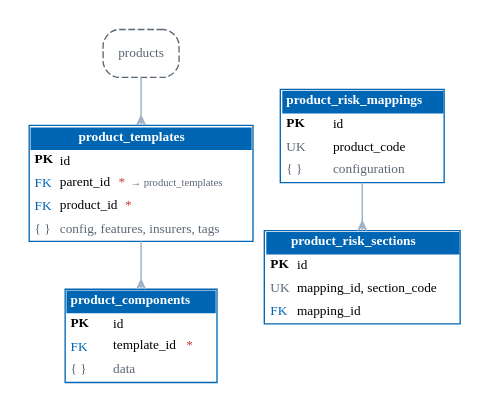
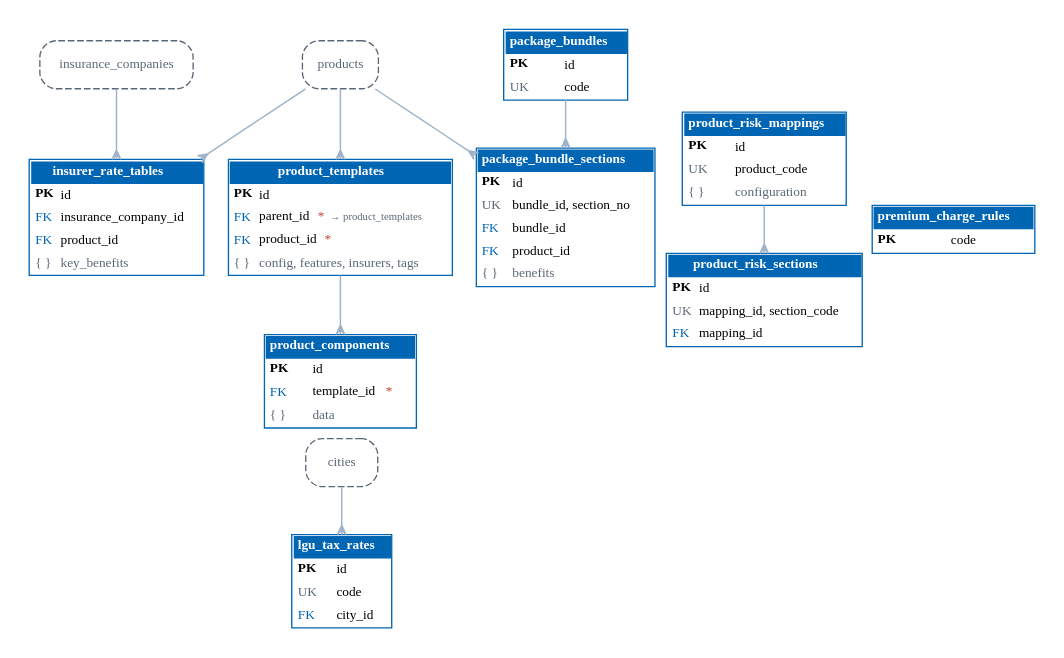
One commit to IortaTexhNXT-DEV/BDOI-OOTB changed the diagram in docs/architecture/diagrams/er_product.dot. Above: the diagram before and after it, drawn with Graphviz. The commit also changed 124 other files, not shown here.

Commit message:
Developer documentation refresh: technical reference with module catalogue and code review guide, architecture and security, data dictionary at migration 0322, API catalogue, architecture set 1.2, developer guide, release notes 1.1

```diff
--- a/docs/architecture/diagrams/er_product.dot
+++ b/docs/architecture/diagrams/er_product.dot
@@ -1,14 +1,26 @@
-// Generated by tools/render_diagrams.py from tools/data/db_snapshot.json: Product configurator. Do not edit by hand.
+// Generated by tools/render_diagrams.py from tools/data/db_snapshot.json: Product configurator and pricing. Do not edit by hand.
 digraph ER {
   graph [rankdir=TB, splines=true, nodesep=0.25, ranksep=0.5, fontname="Nunito", bgcolor="white", pad=0.2, pack=true, packmode="array_u3"];
   node [shape=plain, fontname="Nunito", fontsize=10];
   edge [color="#9FB3C8", arrowhead=crow, arrowtail=none, dir=both, arrowsize=0.7, penwidth=1.1];
   "product_templates" [label=<<table border="1" cellborder="0" cellspacing="0" cellpadding="3" color="#0065B3"><tr><td colspan="2" bgcolor="#0065B3"><font color="white"><b>product_templates</b></font></td></tr><tr><td align="left" balign="left"><b>PK</b></td><td align="left">id</td></tr><tr><td align="left"><font color="#0065B3">FK</font></td><td align="left">parent_id<font color="#C0392B">*</font> <font color="#5B6776" point-size="8">&#8594; product_templates</font></td></tr><tr><td align="left"><font color="#0065B3">FK</font></td><td align="left">product_id<font color="#C0392B">*</font></td></tr><tr><td align="left"><font color="#5B6776">{ }</font></td><td align="left"><font color="#5B6776">config, features, insurers, tags</font></td></tr></table>>];
   "product_components" [label=<<table border="1" cellborder="0" cellspacing="0" cellpadding="3" color="#0065B3"><tr><td colspan="2" bgcolor="#0065B3"><font color="white"><b>product_components</b></font></td></tr><tr><td align="left" balign="left"><b>PK</b></td><td align="left">id</td></tr><tr><td align="left"><font color="#0065B3">FK</font></td><td align="left">template_id<font color="#C0392B">*</font></td></tr><tr><td align="left"><font color="#5B6776">{ }</font></td><td align="left"><font color="#5B6776">data</font></td></tr></table>>];
   "product_risk_mappings" [label=<<table border="1" cellborder="0" cellspacing="0" cellpadding="3" color="#0065B3"><tr><td colspan="2" bgcolor="#0065B3"><font color="white"><b>product_risk_mappings</b></font></td></tr><tr><td align="left" balign="left"><b>PK</b></td><td align="left">id</td></tr><tr><td align="left"><font color="#5B6776">UK</font></td><td align="left">product_code</td></tr><tr><td align="left"><font color="#5B6776">{ }</font></td><td align="left"><font color="#5B6776">configuration</font></td></tr></table>>];
   "product_risk_sections" [label=<<table border="1" cellborder="0" cellspacing="0" cellpadding="3" color="#0065B3"><tr><td colspan="2" bgcolor="#0065B3"><font color="white"><b>product_risk_sections</b></font></td></tr><tr><td align="left" balign="left"><b>PK</b></td><td align="left">id</td></tr><tr><td align="left"><font color="#5B6776">UK</font></td><td align="left">mapping_id, section_code</td></tr><tr><td align="left"><font color="#0065B3">FK</font></td><td align="left">mapping_id</td></tr></table>>];
+  "premium_charge_rules" [label=<<table border="1" cellborder="0" cellspacing="0" cellpadding="3" color="#0065B3"><tr><td colspan="2" bgcolor="#0065B3"><font color="white"><b>premium_charge_rules</b></font></td></tr><tr><td align="left" balign="left"><b>PK</b></td><td align="left">code</td></tr></table>>];
+  "lgu_tax_rates" [label=<<table border="1" cellborder="0" cellspacing="0" cellpadding="3" color="#0065B3"><tr><td colspan="2" bgcolor="#0065B3"><font color="white"><b>lgu_tax_rates</b></font></td></tr><tr><td align="left" balign="left"><b>PK</b></td><td align="left">id</td></tr><tr><td align="left"><font color="#5B6776">UK</font></td><td align="left">code</td></tr><tr><td align="left"><font color="#0065B3">FK</font></td><td align="left">city_id</td></tr></table>>];
+  "insurer_rate_tables" [label=<<table border="1" cellborder="0" cellspacing="0" cellpadding="3" color="#0065B3"><tr><td colspan="2" bgcolor="#0065B3"><font color="white"><b>insurer_rate_tables</b></font></td></tr><tr><td align="left" balign="left"><b>PK</b></td><td align="left">id</td></tr><tr><td align="left"><font color="#0065B3">FK</font></td><td align="left">insurance_company_id</td></tr><tr><td align="left"><font color="#0065B3">FK</font></td><td align="left">product_id</td></tr><tr><td align="left"><font color="#5B6776">{ }</font></td><td align="left"><font color="#5B6776">key_benefits</font></td></tr></table>>];
+  "package_bundles" [label=<<table border="1" cellborder="0" cellspacing="0" cellpadding="3" color="#0065B3"><tr><td colspan="2" bgcolor="#0065B3"><font color="white"><b>package_bundles</b></font></td></tr><tr><td align="left" balign="left"><b>PK</b></td><td align="left">id</td></tr><tr><td align="left"><font color="#5B6776">UK</font></td><td align="left">code</td></tr></table>>];
+  "package_bundle_sections" [label=<<table border="1" cellborder="0" cellspacing="0" cellpadding="3" color="#0065B3"><tr><td colspan="2" bgcolor="#0065B3"><font color="white"><b>package_bundle_sections</b></font></td></tr><tr><td align="left" balign="left"><b>PK</b></td><td align="left">id</td></tr><tr><td align="left"><font color="#5B6776">UK</font></td><td align="left">bundle_id, section_no</td></tr><tr><td align="left"><font color="#0065B3">FK</font></td><td align="left">bundle_id</td></tr><tr><td align="left"><font color="#0065B3">FK</font></td><td align="left">product_id</td></tr><tr><td align="left"><font color="#5B6776">{ }</font></td><td align="left"><font color="#5B6776">benefits</font></td></tr></table>>];
+  "cities" [shape=box, style="rounded,dashed", color="#5B6776", fontcolor="#5B6776", label="cities"];
+  "insurance_companies" [shape=box, style="rounded,dashed", color="#5B6776", fontcolor="#5B6776", label="insurance_companies"];
   "products" [shape=box, style="rounded,dashed", color="#5B6776", fontcolor="#5B6776", label="products"];
+  "cities" -> "lgu_tax_rates";
+  "insurance_companies" -> "insurer_rate_tables";
+  "package_bundles" -> "package_bundle_sections";
   "product_risk_mappings" -> "product_risk_sections";
   "product_templates" -> "product_components";
+  "products" -> "insurer_rate_tables";
+  "products" -> "package_bundle_sections";
   "products" -> "product_templates";
 }
```
